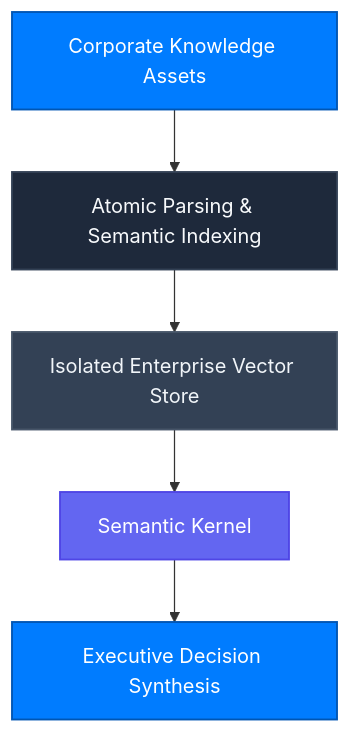
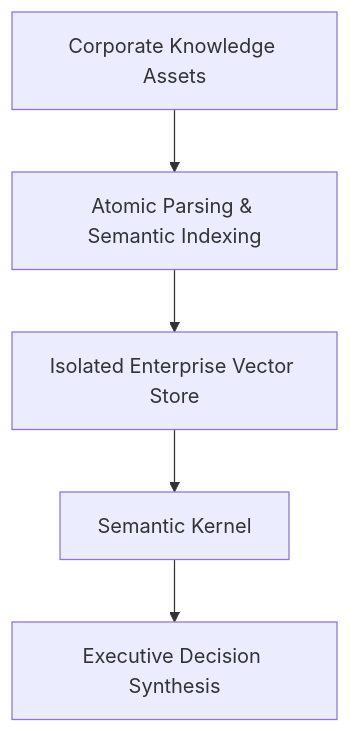
Before and after one commit to Connex-Brothers-Consulting-Group/cbcg-hs-connex-docs: the diagram in features/brains.mdx, drawn with Mermaid. The commit also changed 24 other files, not shown here.

Commit message:
fix(docs): restore Lucide card icons, enforce transparent Mermaid line-art, add Cryptographic Kill Switch, and refine quiet luxury banner

````diff
--- a/features/brains.mdx
+++ b/features/brains.mdx
@@ -9,12 +9,8 @@
 ```mermaid
 graph TD
-    classDef primary fill:#007CFF,stroke:#0056B3,stroke-width:1.5px,color:#FFFFFF;
-    classDef enterprise fill:#1E293B,stroke:#334155,stroke-width:1.5px,color:#F8FAFC;
-    classDef storage fill:#334155,stroke:#475569,stroke-width:1.5px,color:#F1F5F9;
-    classDef ai fill:#6366F1,stroke:#4F46E5,stroke-width:1.5px,color:#FFFFFF;
 
-    Raw["Corporate Knowledge Assets"]:::primary --> Ingest["Atomic Parsing & Semantic Indexing"]:::enterprise
-    Ingest --> Store["Isolated Enterprise Vector Store"]:::storage
-    Store --> Kernel["Semantic Kernel"]:::ai
-    Kernel --> Decision["Executive Decision Synthesis"]:::primary
+    Raw["Corporate Knowledge Assets"] --> Ingest["Atomic Parsing & Semantic Indexing"]
+    Ingest --> Store["Isolated Enterprise Vector Store"]
+    Store --> Kernel["Semantic Kernel"]
+    Kernel --> Decision["Executive Decision Synthesis"]
 ```
````
